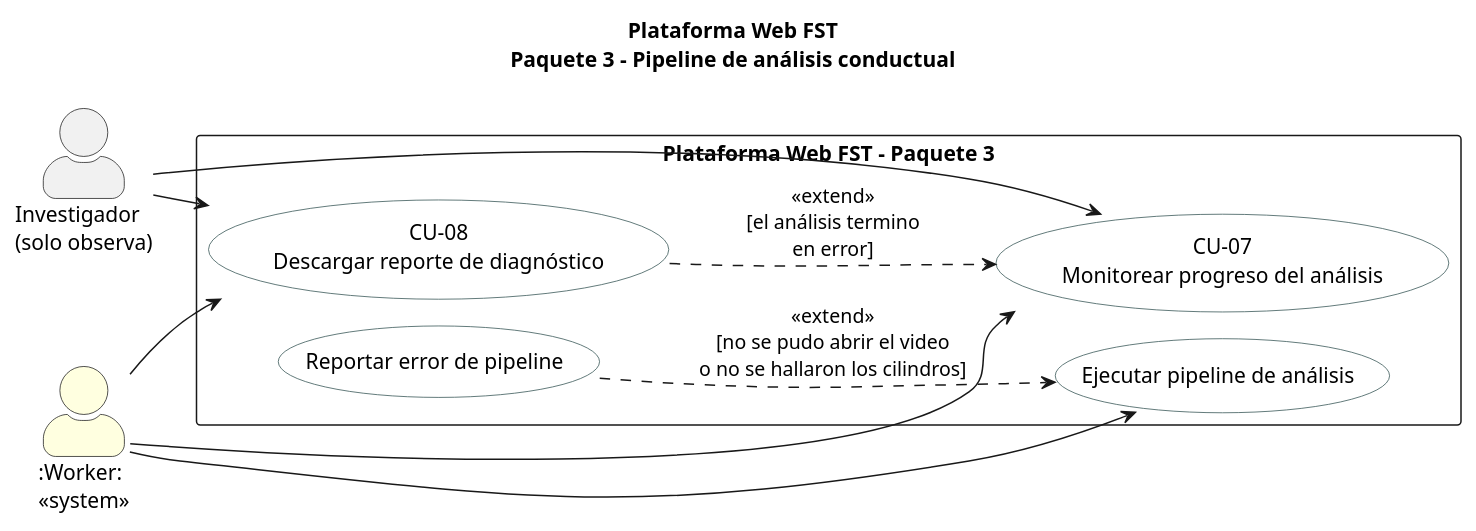
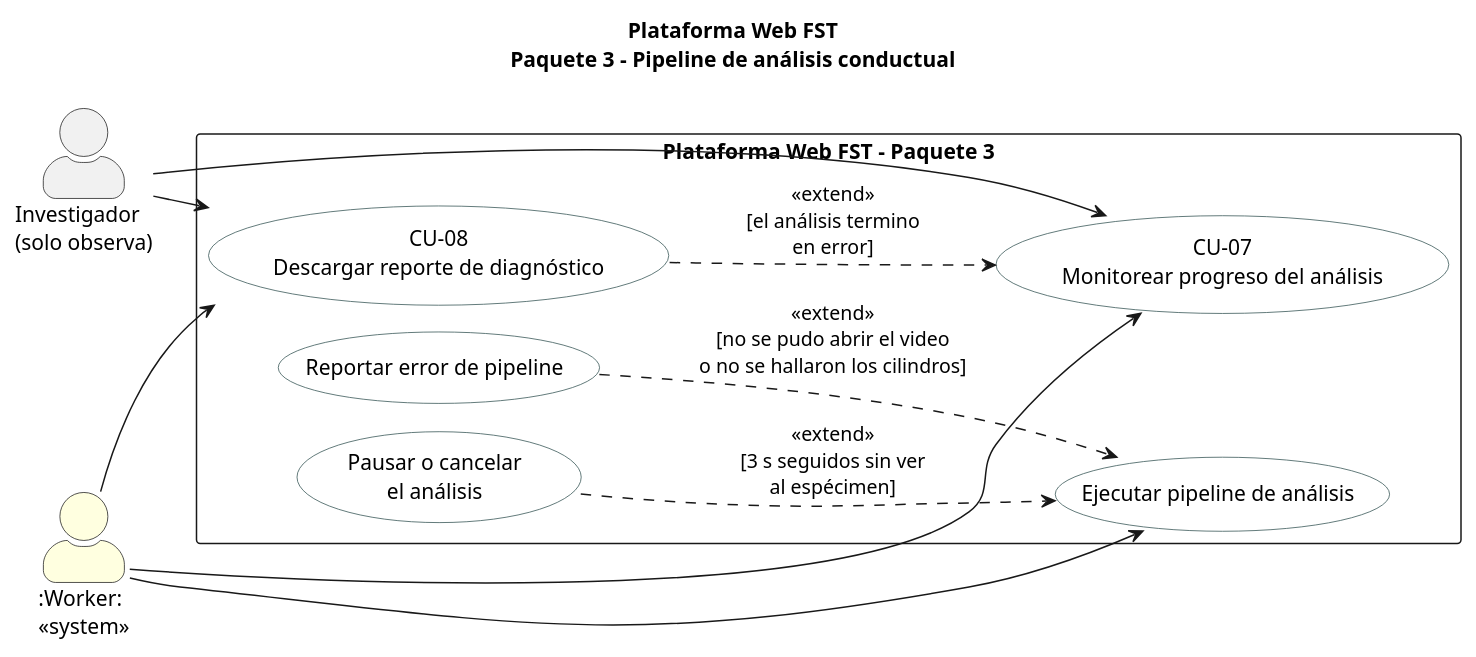
Before and after one commit to ErickJester/fst-ai-system-latex: the diagram in diagramas/puml/cu_paquete3.puml, drawn with PlantUML. The commit also changed 33 other files, not shown here.

```diff
--- a/diagramas/puml/cu_paquete3.puml
+++ b/diagramas/puml/cu_paquete3.puml
@@ -1,26 +1,28 @@
 @startuml
 !pragma layout smetana
 title Plataforma Web FST\nPaquete 3 - Pipeline de análisis conductual
 left to right direction
 skinparam packageStyle rectangle
 skinparam actorStyle awesome
 skinparam usecase {
   BackgroundColor White
   BorderColor DarkSlateGray
 }
 actor "Investigador\n(solo observa)" as INV
 actor ":Worker:\n<<system>>" as WRK #LightYellow
 rectangle "Plataforma Web FST - Paquete 3" {
   usecase "Ejecutar pipeline de análisis" as UC30
   usecase "Reportar error de pipeline" as UC36
+  usecase "Pausar o cancelar\nel análisis" as UC37
   usecase "CU-07\nMonitorear progreso del análisis" as CU07
   usecase "CU-08\nDescargar reporte de diagnóstico" as CU08
 }
 WRK --> UC30
 INV --> CU07
 INV --> CU08
 WRK --> CU07
 WRK --> CU08
 UC36 ..> UC30 : <<extend>>\n[no se pudo abrir el video\no no se hallaron los cilindros]
+UC37 ..> UC30 : <<extend>>\n[3 s seguidos sin ver\nal espécimen]
 CU08 ..> CU07 : <<extend>>\n[el análisis termino\nen error]
 @enduml
```
